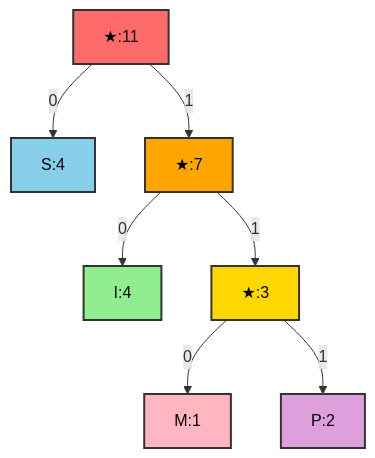
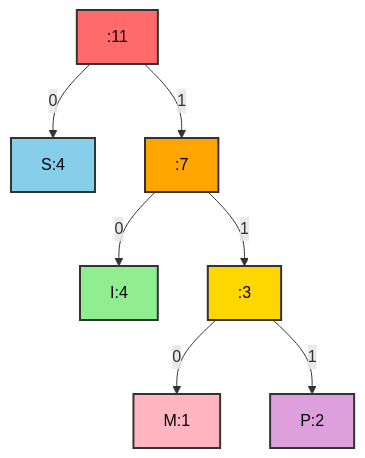
The fifth of 7 diagrams in Year_2/Semester_3/DSA_DATA_STRUCTURES_ALGORITHMS/Lectures/Huffman_Coding.md (PanagopoulosNikolaos/DitOpenNotes), drawn with Mermaid before and after one commit. The commit also changed other lines of this file and 24 other files, not shown here.

````diff
--- a/Year_2/Semester_3/DSA_DATA_STRUCTURES_ALGORITHMS/Lectures/Huffman_Coding.md
+++ b/Year_2/Semester_3/DSA_DATA_STRUCTURES_ALGORITHMS/Lectures/Huffman_Coding.md
@@ -521,17 +521,17 @@
 ```mermaid
 graph TD
-    Root["★:11"] -->|0| S["S:4"]
-    Root -->|1| MPI["★:7"]
+    Root[":11"] -->|0| S["S:4"]
+    Root -->|1| MPI[":7"]
     MPI -->|0| I["I:4"]
-    MPI -->|1| MP["★:3"]
+    MPI -->|1| MP[":3"]
     MP -->|0| M["M:1"]
     MP -->|1| P["P:2"]
     
     style Root fill:#FF6B6B,stroke:#333,stroke-width:2px,color:black
     style S fill:#87CEEB,stroke:#333,stroke-width:2px,color:black
     style MPI fill:#FFA500,stroke:#333,stroke-width:2px,color:black
     style I fill:#90EE90,stroke:#333,stroke-width:2px,color:black
     style MP fill:#FFD700,stroke:#333,stroke-width:2px,color:black
     style M fill:#FFB6C1,stroke:#333,stroke-width:2px,color:black
     style P fill:#DDA0DD,stroke:#333,stroke-width:2px,color:black
 ```
````
